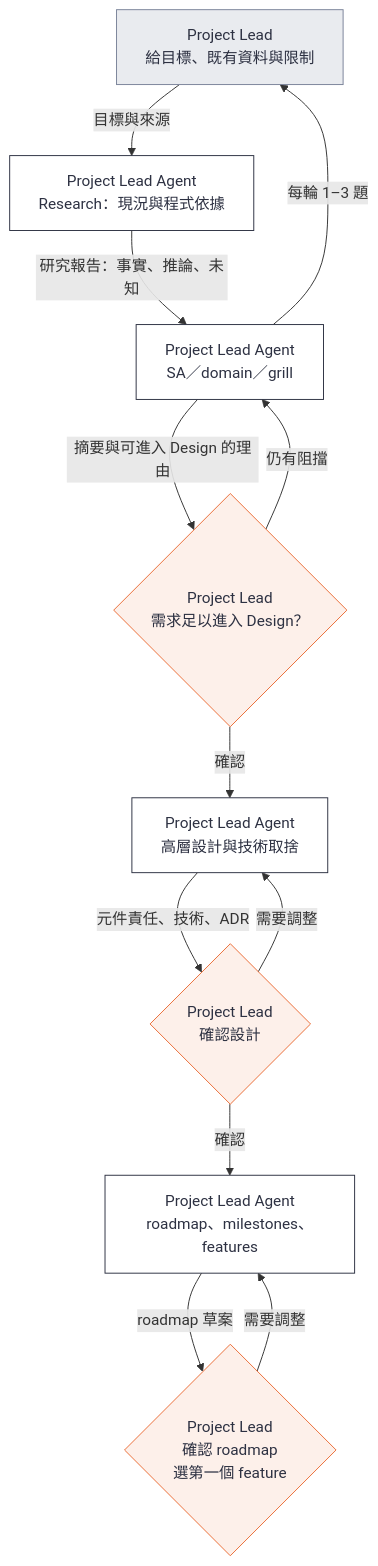
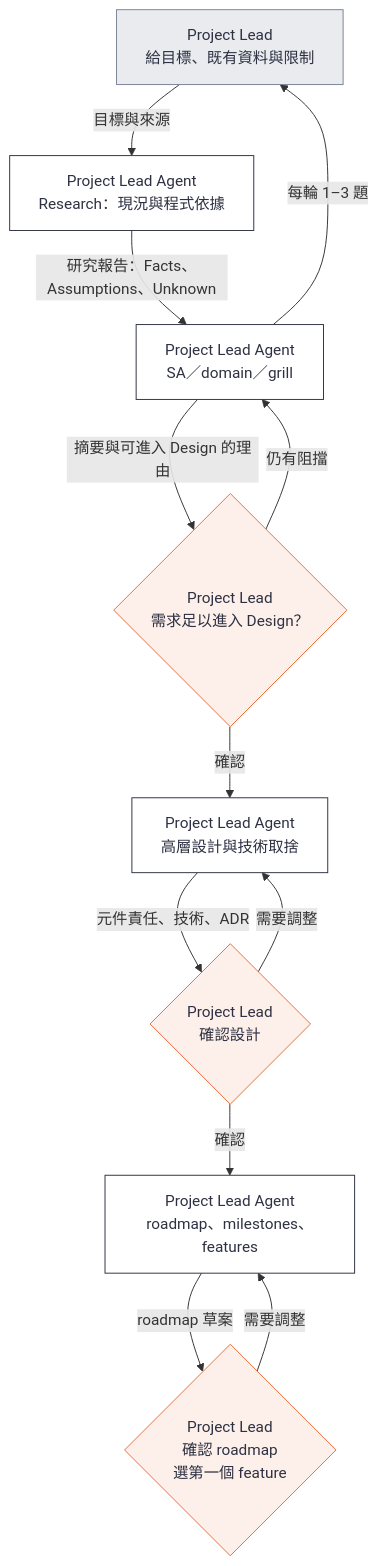
Before and after one commit to ellis429/loop-engineering: the second of 5 diagrams in docs/guide/reference.md, drawn with Mermaid. The commit also changed other lines of this file and 4 other files, not shown here.

````diff
--- a/docs/guide/reference.md
+++ b/docs/guide/reference.md
@@ -105,25 +105,25 @@
 ```mermaid
 flowchart TD
     A["Project Lead<br/>給目標、既有資料與限制"]:::human
     R["Project Lead Agent<br/>Research：現況與程式依據"]:::agent
     S["Project Lead Agent<br/>SA／domain／grill"]:::agent
     C{"Project Lead<br/>需求足以進入 Design？"}:::gate
     D["Project Lead Agent<br/>高層設計與技術取捨"]:::agent
     DG{"Project Lead<br/>確認設計"}:::gate
     M["Project Lead Agent<br/>roadmap、milestones、features"]:::agent
     F{"Project Lead<br/>確認 roadmap<br/>選第一個 feature"}:::gate
     A -->|目標與來源| R
-    R -->|研究報告：事實、推論、未知| S
+    R -->|研究報告：Facts、Assumptions、Unknown| S
     S -->|每輪 1–3 題| A
     S -->|摘要與可進入 Design 的理由| C
     C -->|仍有阻擋| S
     C -->|確認| D
     D -->|元件責任、技術、ADR| DG
     DG -->|需要調整| D
     DG -->|確認| M
     M -->|roadmap 草案| F
     F -->|需要調整| M
     classDef human fill:#e9ebef,stroke:#7a8399,color:#2d3142
     classDef agent fill:#ffffff,stroke:#2d3142,color:#2d3142
     classDef gate fill:#fdf0ea,stroke:#eb6c36,color:#2d3142
 ```
````
